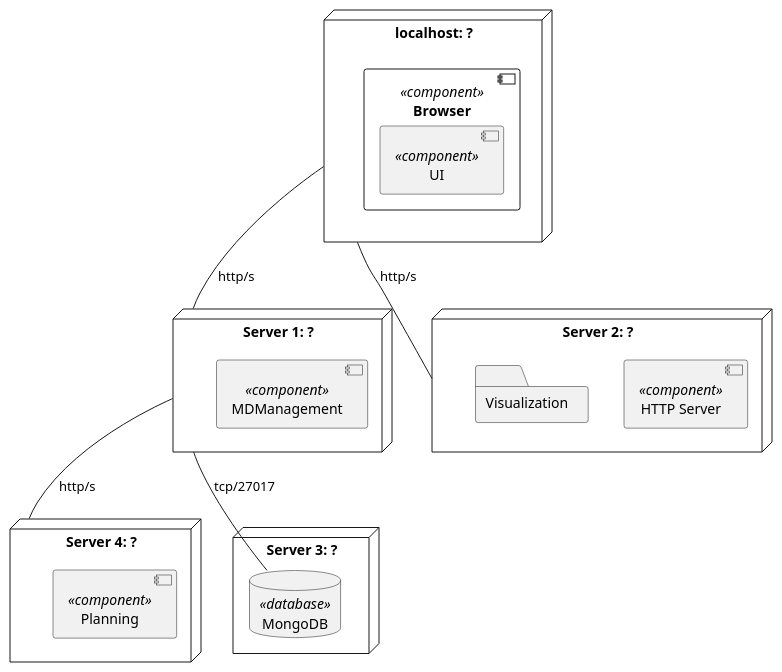
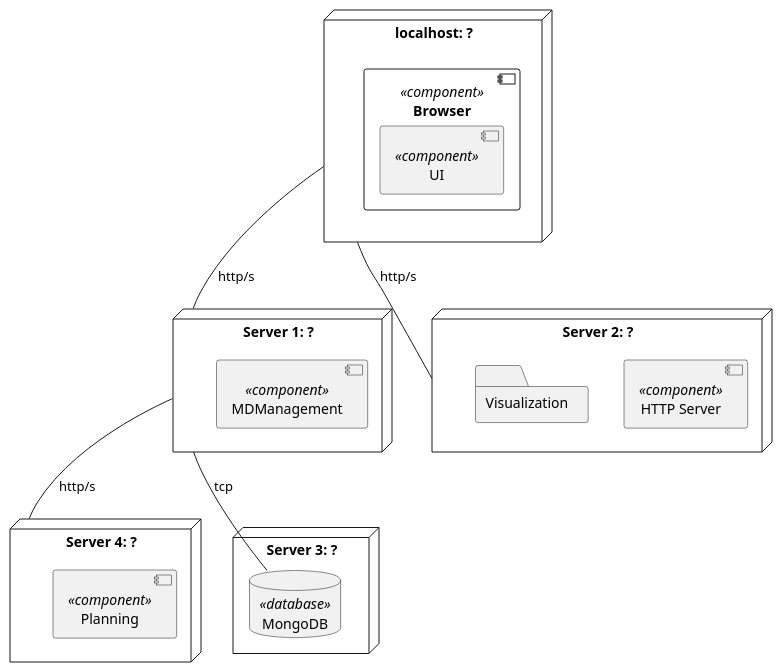
The diagram in _wiki/views/level-2/physical-view/prod-physical-view copy.puml (miseEnPlace-dev/lapr5), drawn with PlantUML before and after one commit. The commit also changed 10 other files, not shown here.

```diff
--- a/_wiki/views/level-2/physical-view/prod-physical-view copy.puml
+++ b/_wiki/views/level-2/physical-view/prod-physical-view copy.puml
@@ -1,37 +1,37 @@
 @startuml prod-physical-view
 
 node "localhost: ?" as LOCAL {
   component "Browser" as B <<component>> {
     component "UI" as UI <<component>> {
     }
   }
 }
 
 node "Server 1: ?" as S1 {
   component "MDManagement" as MDM <<component>> { 
   }
 }
 
 node "Server 4: ?" as S4 {
   component "Planning" as P <<component>>  { 
   }
 }
 
 node "Server 3: ?" as S3 {
   database "MongoDB" as DB <<database>> {
   }
 }
 
 node "Server 2: ?" as S2 {
   component "HTTP Server" as SERV <<component>> { 
   }
   folder "Visualization" as V {
   }
 } 
 
 LOCAL -- S1 : http/s
 LOCAL -- S2 : http/s
-S1 -- DB : tcp/27017
+S1 -- DB : tcp
 S1 -- S4 : http/s
 
 @enduml
```
